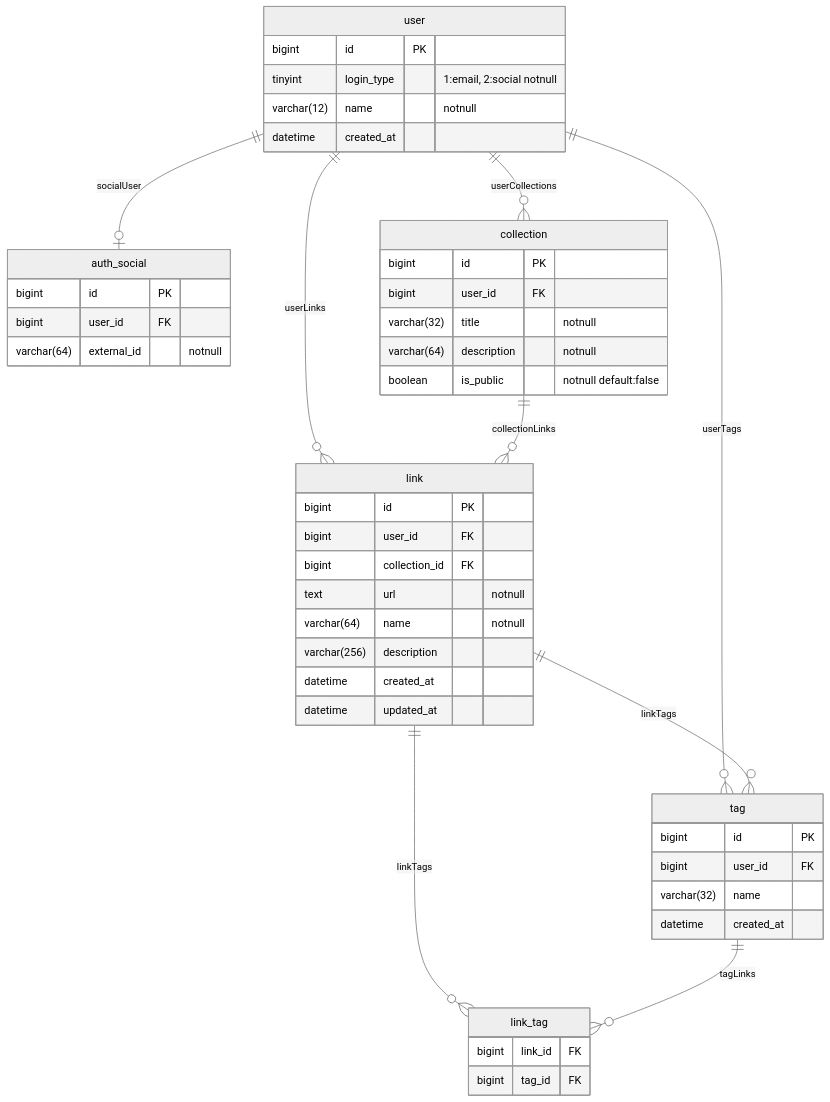
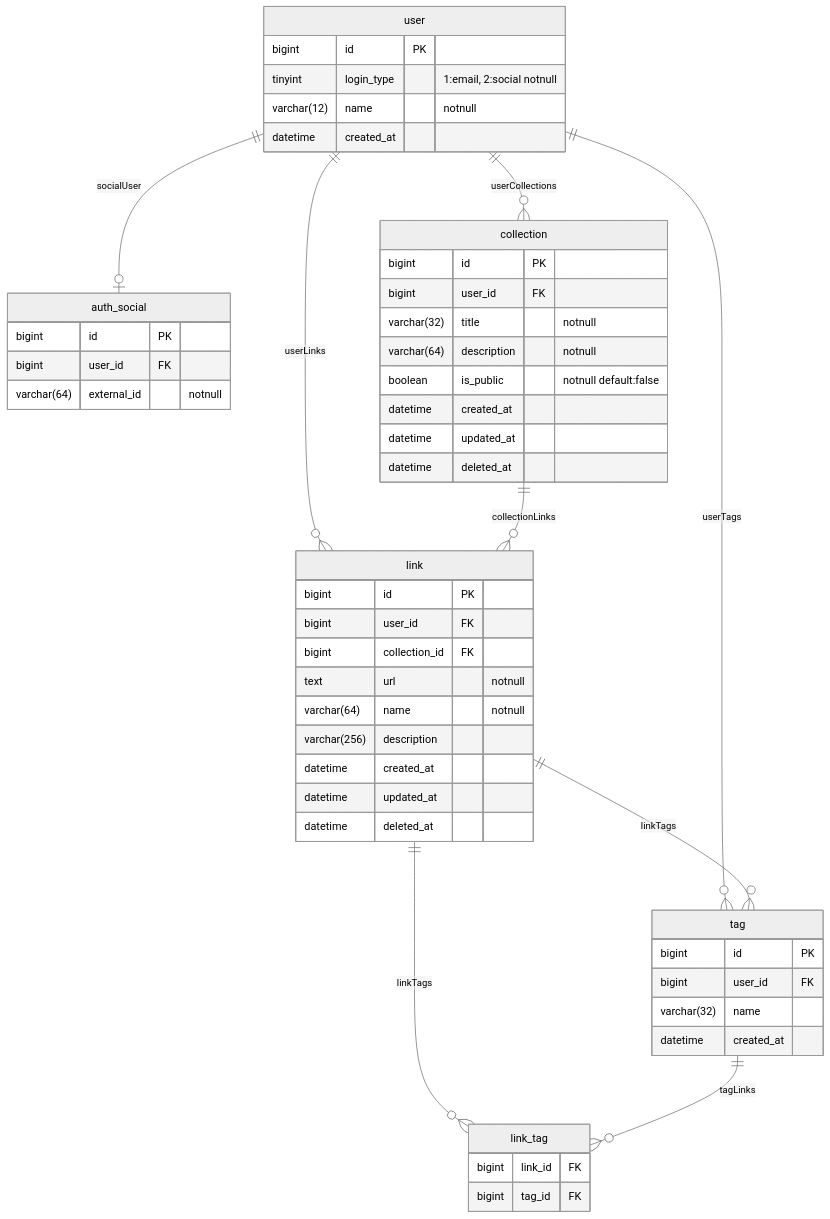
The diagram in server/README.md (a-ryang/linkloud), drawn with Mermaid (neutral theme) before and after one commit.

Commit message:
docs: 초기 erd 수정

````diff
--- a/server/README.md
+++ b/server/README.md
@@ -1,60 +1,64 @@
 ```mermaid
 erDiagram
 
     user {
         bigint id PK
         tinyint login_type "1:email, 2:social notnull"
         varchar(12) name "notnull"
         datetime created_at
     }
 
     user ||--o| auth_social : socialUser
     user ||--o{ collection : userCollections
 
     auth_social {
         bigint id PK
         bigint user_id FK
         varchar(64) external_id "notnull"
     }
 
     collection {
         bigint id PK
         bigint user_id FK
         varchar(32) title "notnull"
         varchar(64) description "notnull"
         boolean is_public "notnull default:false"
+        datetime created_at
+        datetime updated_at
+        datetime deleted_at
     }
 
     user ||--o{ link : userLinks
     collection ||--o{ link : collectionLinks
 
     link {
         bigint id PK
         bigint user_id FK
         bigint collection_id FK
         text url "notnull"
         varchar(64) name "notnull"
         varchar(256) description
         datetime created_at
         datetime updated_at
+        datetime deleted_at
     }
 
     user ||--o{ tag : userTags
     link ||--o{ tag : linkTags
 
     tag {
         bigint id PK
         bigint user_id FK
         varchar(32) name
         datetime created_at
     }
 
     link ||--o{ link_tag : linkTags
     tag ||--o{ link_tag : tagLinks
 
 
     link_tag {
         bigint link_id FK
         bigint tag_id FK
     }
 ```
````
